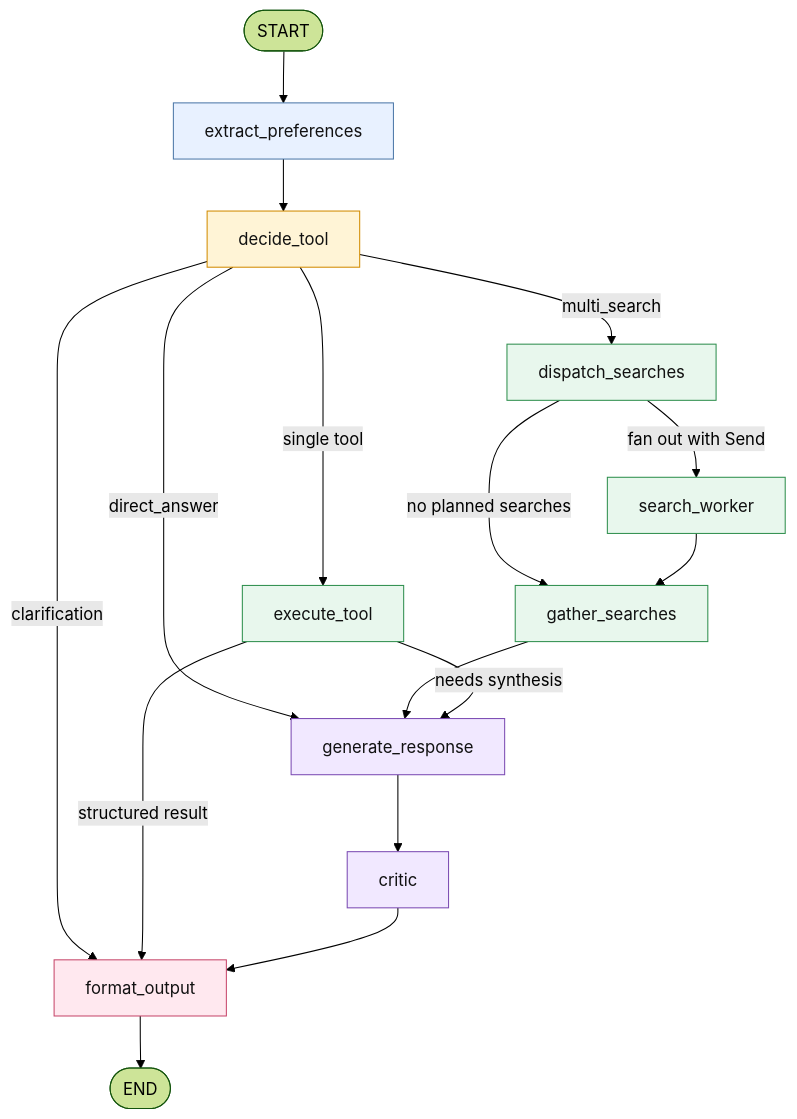
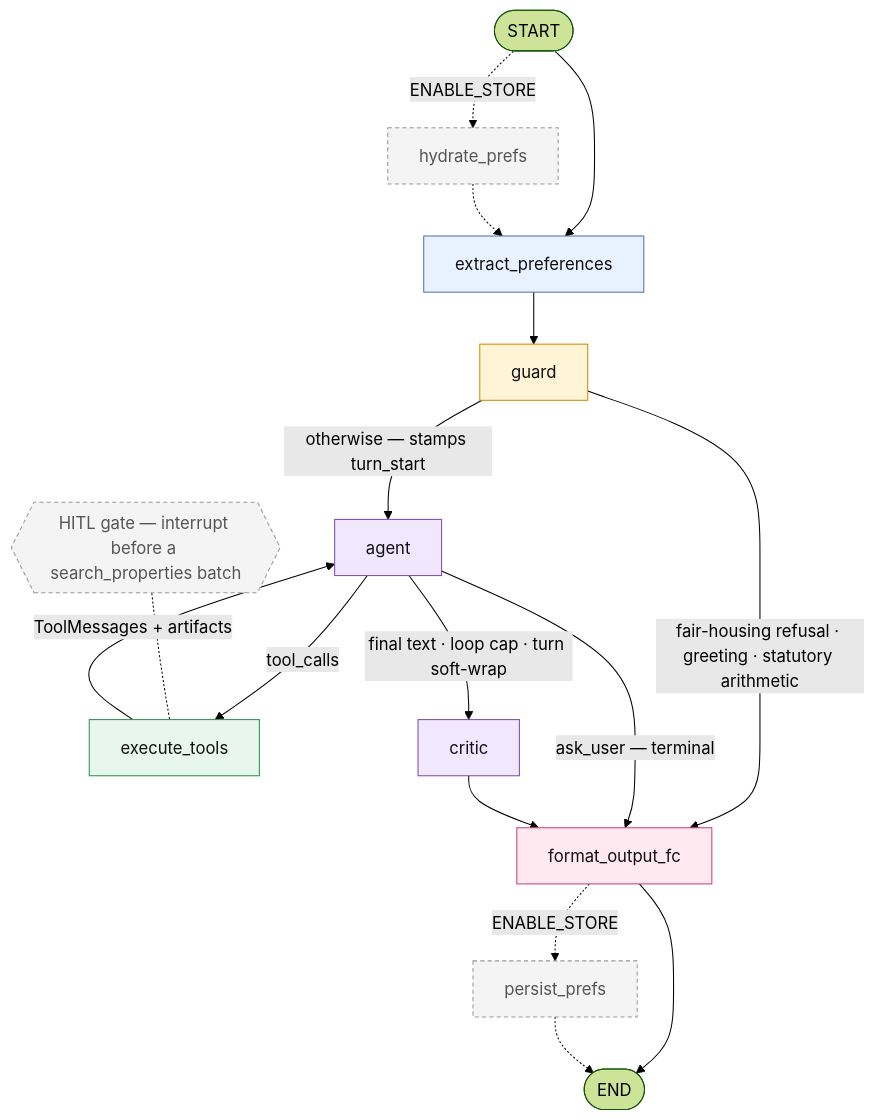
The diagram in README.md (shuhan-wang1/RentCompass), drawn with Mermaid (forest theme) before and after one commit. The commit also changed other lines of this file and 4 other files, not shown here.

````diff
--- a/README.md
+++ b/README.md
@@ -95,34 +161,36 @@
 ```mermaid
 flowchart TD
-    START([START]) --> EP[extract_preferences]
-    EP --> DT[decide_tool]
+    START([START]) -.->|ENABLE_STORE| HY[hydrate_prefs]
+    START --> EP[extract_preferences]
+    HY -.-> EP
+    EP --> GU[guard]
 
-    DT -->|direct_answer| GR[generate_response]
-    DT -->|clarification| FO[format_output]
-    DT -->|single tool| ET[execute_tool]
-    DT -->|multi_search| DS[dispatch_searches]
+    GU -->|"fair-housing refusal · greeting · statutory arithmetic"| FO[format_output_fc]
+    GU -->|"otherwise — stamps turn_start"| AG[agent]
 
-    DS -->|fan out with Send| SW[search_worker]
-    DS -->|no planned searches| GS[gather_searches]
-    SW --> GS
-    GS --> GR
-
-    ET -->|structured result| FO
-    ET -->|needs synthesis| GR
-
-    GR --> CR[critic]
+    AG -->|tool_calls| EX[execute_tools]
+    EX -->|ToolMessages + artifacts| AG
+    AG -->|"final text · loop cap · turn soft-wrap"| CR[critic]
+    AG -->|"ask_user — terminal"| FO
     CR --> FO
     FO --> END([END])
+    FO -.->|ENABLE_STORE| PP[persist_prefs]
+    PP -.-> END
+
+    HI{{"HITL gate — interrupt before a search_properties batch"}}
+    HI -.- EX
 
     classDef parse fill:#e8f1ff,stroke:#4c78a8,color:#111;
     classDef route fill:#fff4d6,stroke:#d28b00,color:#111;
     classDef tool fill:#e8f7ed,stroke:#2f8f4e,color:#111;
     classDef llm fill:#f1e8ff,stroke:#7b4bb3,color:#111;
     classDef output fill:#ffe8ef,stroke:#c7476b,color:#111;
+    classDef opt fill:#f4f4f4,stroke:#999,color:#555,stroke-dasharray:4 3;
 
     class EP parse;
-    class DT route;
-    class ET,DS,SW,GS tool;
-    class GR,CR llm;
+    class GU route;
+    class EX tool;
+    class AG,CR llm;
     class FO output;
+    class HY,PP,HI opt;
 ```
````
